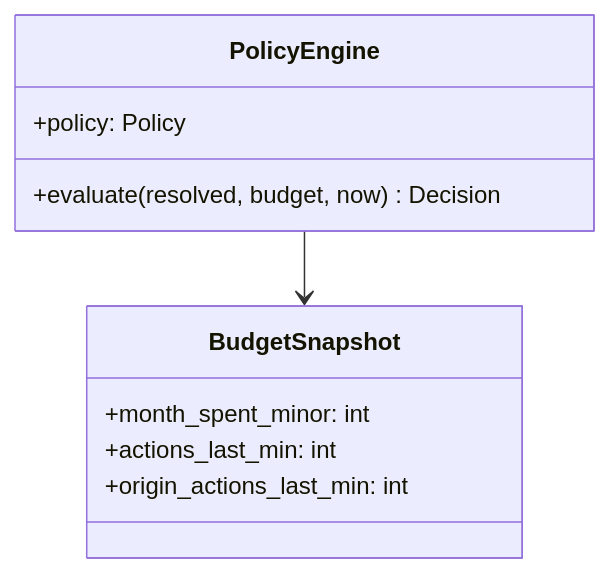
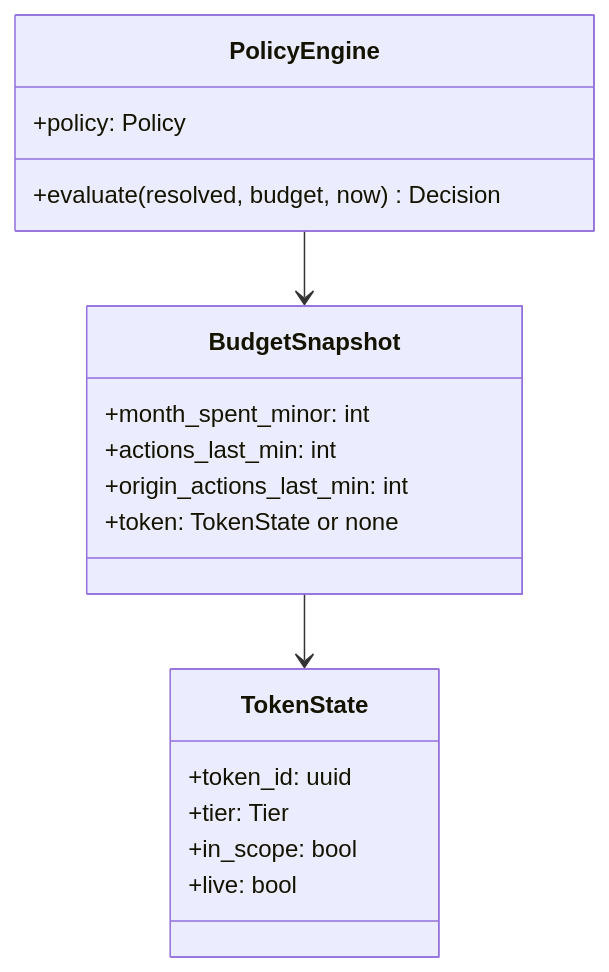
The fifth of 9 diagrams in designs/browser-os-action-control-plane/LLD.md (febufenn-cyber/drawing-office-v2), drawn with Mermaid before and after one commit. The commit also changed other lines of this file and 2 other files, not shown here.

````diff
--- a/designs/browser-os-action-control-plane/LLD.md
+++ b/designs/browser-os-action-control-plane/LLD.md
@@ -206,13 +219,21 @@
 ```mermaid
 classDiagram
     class PolicyEngine {
         +policy: Policy
         +evaluate(resolved, budget, now) Decision
     }
     class BudgetSnapshot {
         +month_spent_minor: int
         +actions_last_min: int
         +origin_actions_last_min: int
+        +token: TokenState or none
+    }
+    class TokenState {
+        +token_id: uuid
+        +tier: Tier
+        +in_scope: bool
+        +live: bool
     }
     PolicyEngine --> BudgetSnapshot
+    BudgetSnapshot --> TokenState
 ```
````
